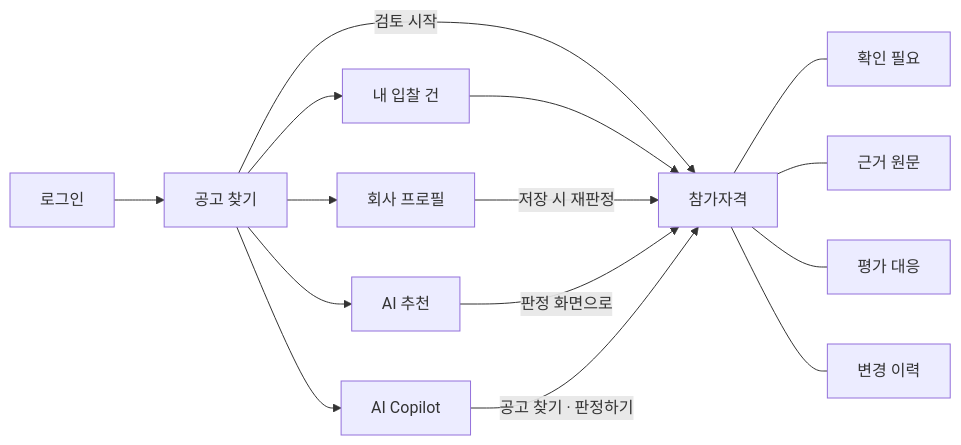
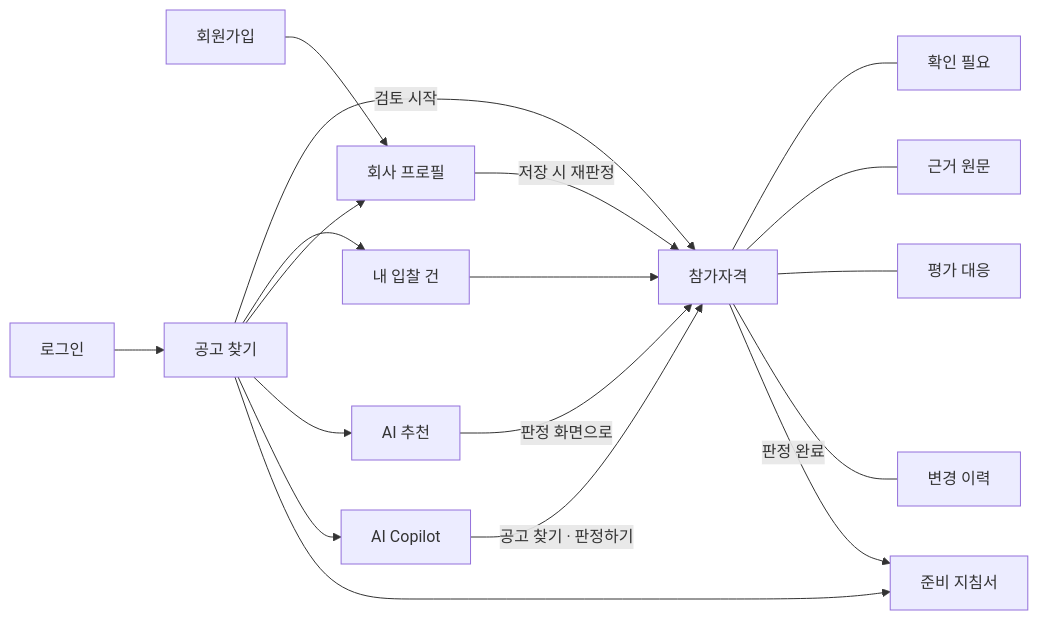
Before and after one commit to SKNETWORKS-FAMILY-AICAMP/SKN34-4th-4Team: the fifth of 5 diagrams in README.md, drawn with Mermaid. The commit also changed other lines of this file and 12 other files, not shown here.

First line of the commit message:
docs: README 를 10-14 기준으로 갱신 — 준비 지침서 · 회원가입 · Django · 화면 캡처

````diff
--- a/README.md
+++ b/README.md
@@ -351,17 +382,20 @@
 ```mermaid
 flowchart LR
+    SU[회원가입] --> CP
     L[로그인] --> N[공고 찾기]
     N -->|검토 시작| Q[참가자격]
     Q --- AB[확인 필요]
     Q --- EV[근거 원문]
     Q --- EVAL[평가 대응]
     Q --- CH[변경 이력]
     N --> MY[내 입찰 건]
     MY --> Q
     N --> CP[회사 프로필]
     CP -->|저장 시 재판정| Q
     N --> REC[AI 추천]
     REC -->|판정 화면으로| Q
     N --> COP[AI Copilot]
     COP -->|공고 찾기 · 판정하기| Q
+    N --> PG[준비 지침서]
+    Q -->|판정 완료| PG
 ```
````
